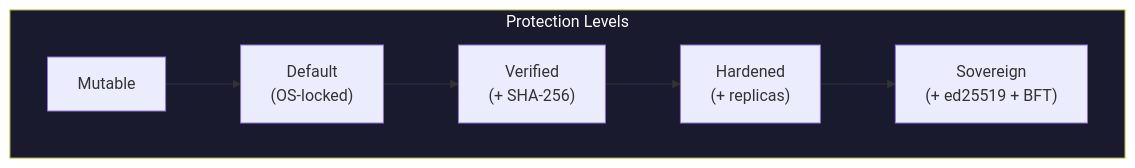
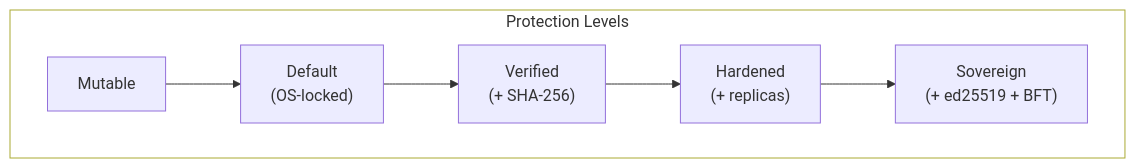
Before and after one commit to fabio-rovai/tardygrada: the second of 4 diagrams in README.md, drawn with Mermaid. The commit also changed other lines of this file, not shown here.

Commit message:
docs: transparent backgrounds on mermaid diagrams

````diff
--- a/README.md
+++ b/README.md
@@ -178,12 +178,12 @@
 ```mermaid
 graph LR
     subgraph Trust["Protection Levels"]
         direction LR
         MUT["Mutable"] --> DEF["Default<br>(OS-locked)"]
         DEF --> VER["Verified<br>(+ SHA-256)"]
         VER --> HARD["Hardened<br>(+ replicas)"]
         HARD --> SOV["Sovereign<br>(+ ed25519 + BFT)"]
     end
 
-    style Trust fill:#1a1a2e,color:#fff
+    style Trust fill:transparent
 ```
````
